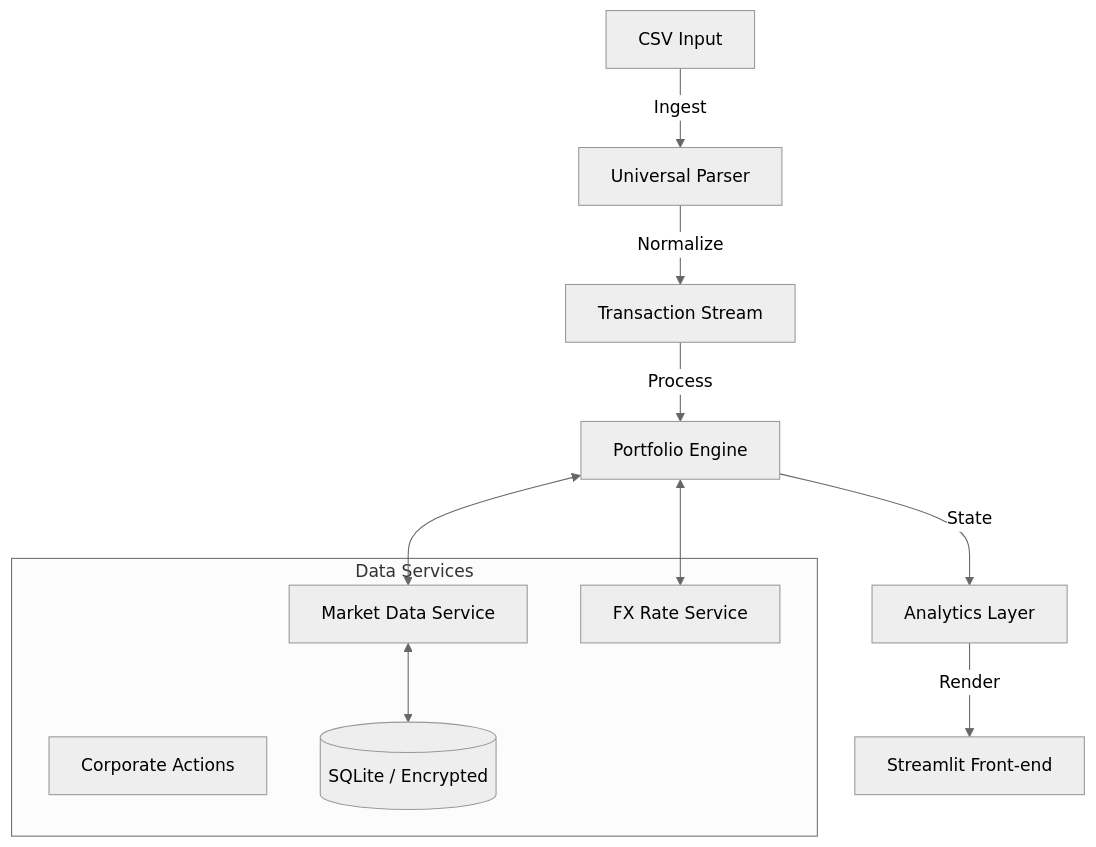
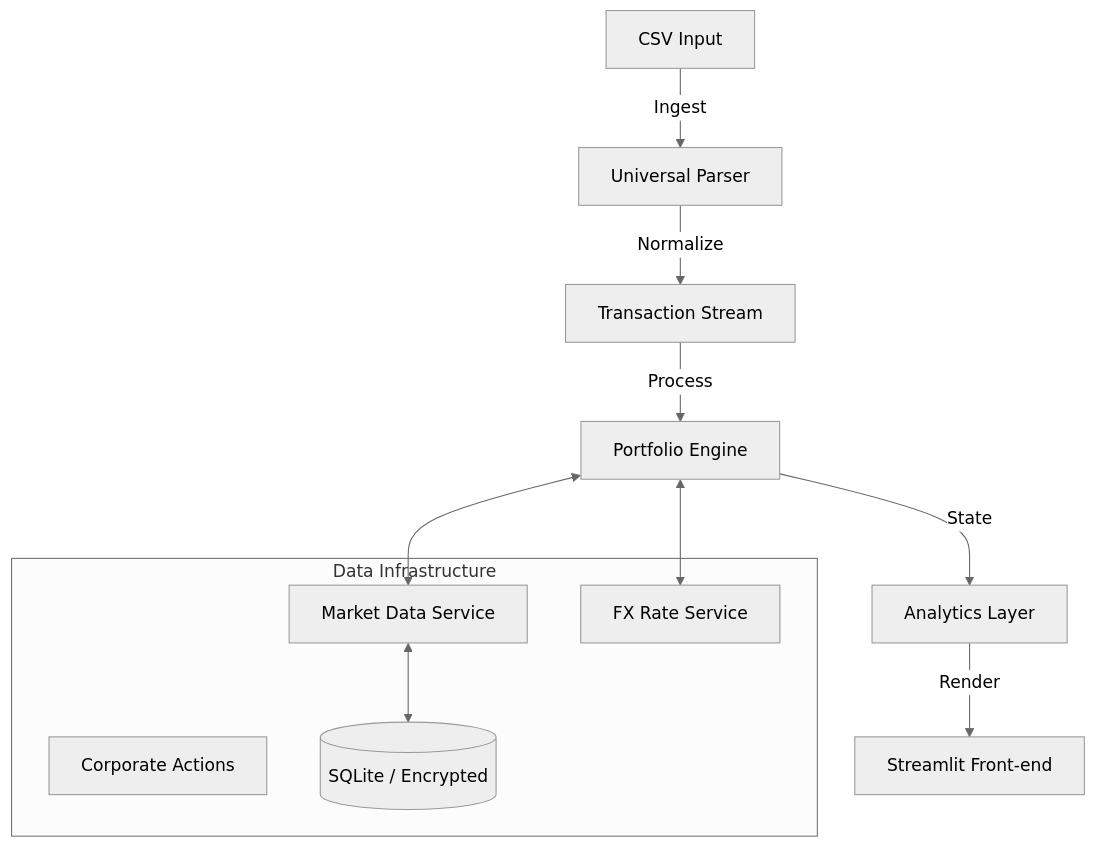
One commit to EGZX/PortfolioViewer changed the diagram in README.md. Above: the diagram before and after it, drawn with Mermaid (neutral theme). The commit also changed other lines of this file and 1 other file, not shown here.

Commit message:
Added Dockerfile for containerized deployment and enhanced README with comprehensive architecture and user guides

````diff
--- a/README.md
+++ b/README.md
@@ -19,20 +104,20 @@
 ```mermaid
 graph TD
     User[CSV Input] -->|Ingest| Parser[Universal Parser]
     Parser -->|Normalize| Stream[Transaction Stream]
     Stream -->|Process| Engine[Portfolio Engine]
     
-    subgraph "Data Services"
+    subgraph "Data Infrastructure"
         Market[Market Data Service]
         FX[FX Rate Service]
         Actions[Corporate Actions]
         Cache[(SQLite / Encrypted)]
     end
     
     Market <--> Cache
     Engine <--> Market
     Engine <--> FX
     
     Engine -->|State| Analytics[Analytics Layer]
     Analytics -->|Render| UI[Streamlit Front-end]
 ```
````
